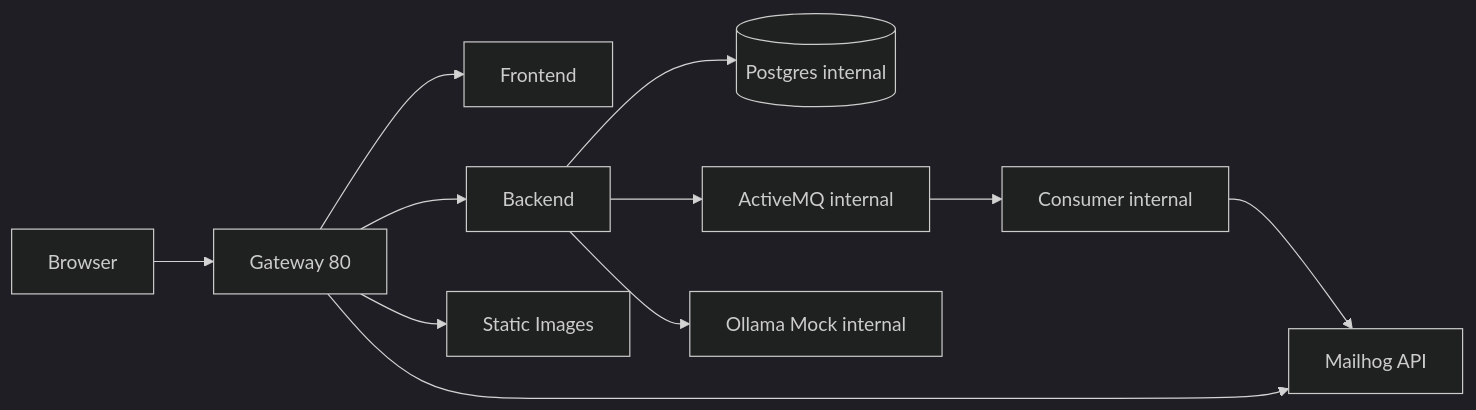
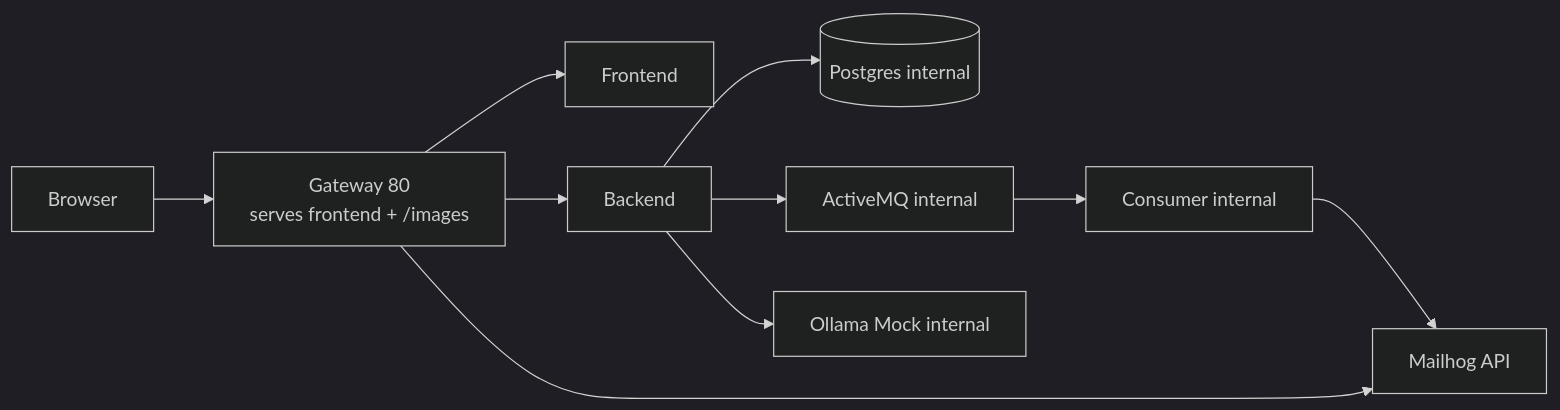
One commit to slawekradzyminski/awesome-localstack changed the third of 3 diagrams in PROFILE_URLS.md. Above: the diagram before and after it, drawn with Mermaid (dark theme). The commit also changed other lines of this file and 2 other files, not shown here.

````diff
--- a/PROFILE_URLS.md
+++ b/PROFILE_URLS.md
@@ -68,13 +66,12 @@
 ```mermaid
 flowchart LR
-    U[Browser] --> G[Gateway 80]
+    U[Browser] --> G[Gateway 80<br/>serves frontend + /images]
     G --> F[Frontend]
     G --> B[Backend]
-    G --> S[Static Images]
     G --> MH[Mailhog API]
     B --> DB[(Postgres internal)]
     B --> MQ[ActiveMQ internal]
     MQ --> C[Consumer internal]
     C --> MH
     B --> O[Ollama Mock internal]
 ```
````
